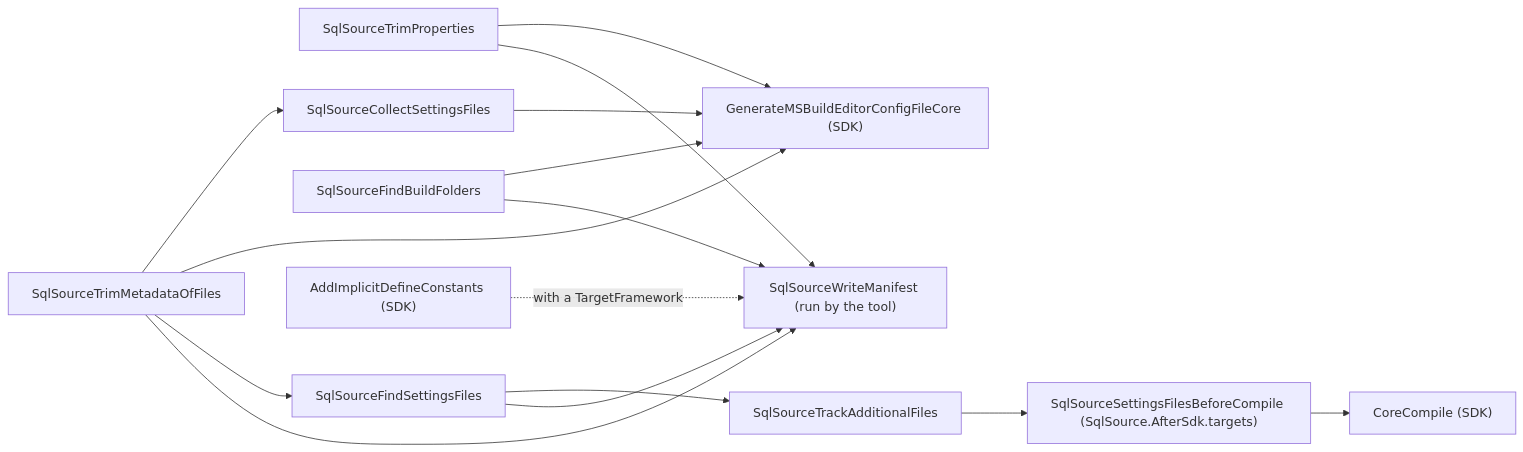
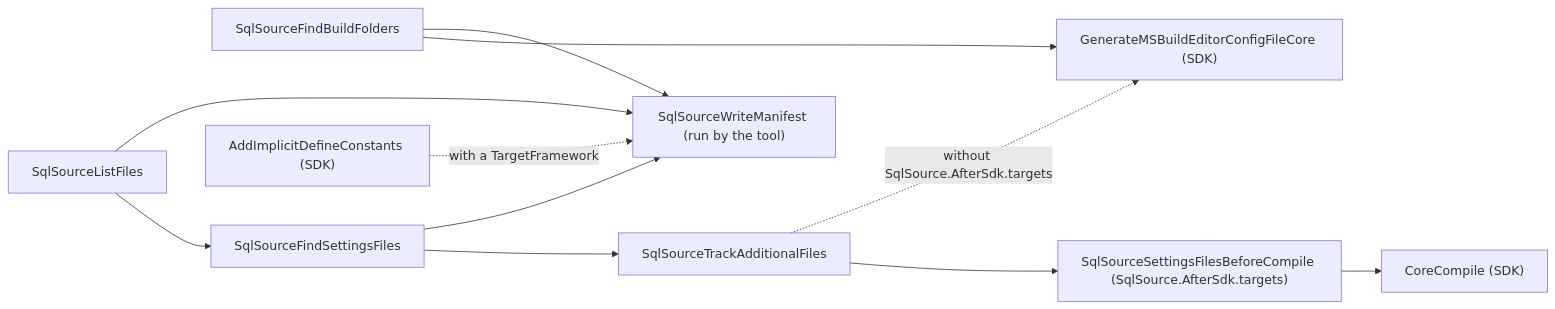
The diagram in docs/architecture/msbuild-and-manifest.md (mbcrawfo/SqlSource), drawn with Mermaid before and after one commit. The commit also changed other lines of this file and 3 other files, not shown here.

Commit message:
Describe the build files and the manifest of version 2

````diff
--- a/docs/architecture/msbuild-and-manifest.md
+++ b/docs/architecture/msbuild-and-manifest.md
@@ -18,17 +20,13 @@
 ```mermaid
 flowchart LR
-    trimProperties["SqlSourceTrimProperties"] --> sdk["GenerateMSBuildEditorConfigFileCore (SDK)"]
-    trimMetadata["SqlSourceTrimMetadataOfFiles"] --> collect["SqlSourceCollectSettingsFiles"]
-    trimMetadata --> sdk
-    collect --> sdk
-    folders["SqlSourceFindBuildFolders"] --> sdk
-    trimMetadata --> find["SqlSourceFindSettingsFiles"]
+    folders["SqlSourceFindBuildFolders"] --> sdk["GenerateMSBuildEditorConfigFileCore (SDK)"]
+    list["SqlSourceListFiles"] --> find["SqlSourceFindSettingsFiles"]
     find --> track["SqlSourceTrackAdditionalFiles"]
     track --> late["SqlSourceSettingsFilesBeforeCompile (SqlSource.AfterSdk.targets)"]
     late --> compile["CoreCompile (SDK)"]
-    trimProperties --> manifest["SqlSourceWriteManifest (run by the tool)"]
-    trimMetadata --> manifest
+    track -.->|"without SqlSource.AfterSdk.targets"| sdk
+    list --> manifest["SqlSourceWriteManifest (run by the tool)"]
     find --> manifest
     folders --> manifest
     defines["AddImplicitDefineConstants (SDK)"] -.->|"with a TargetFramework"| manifest
 ```
````
